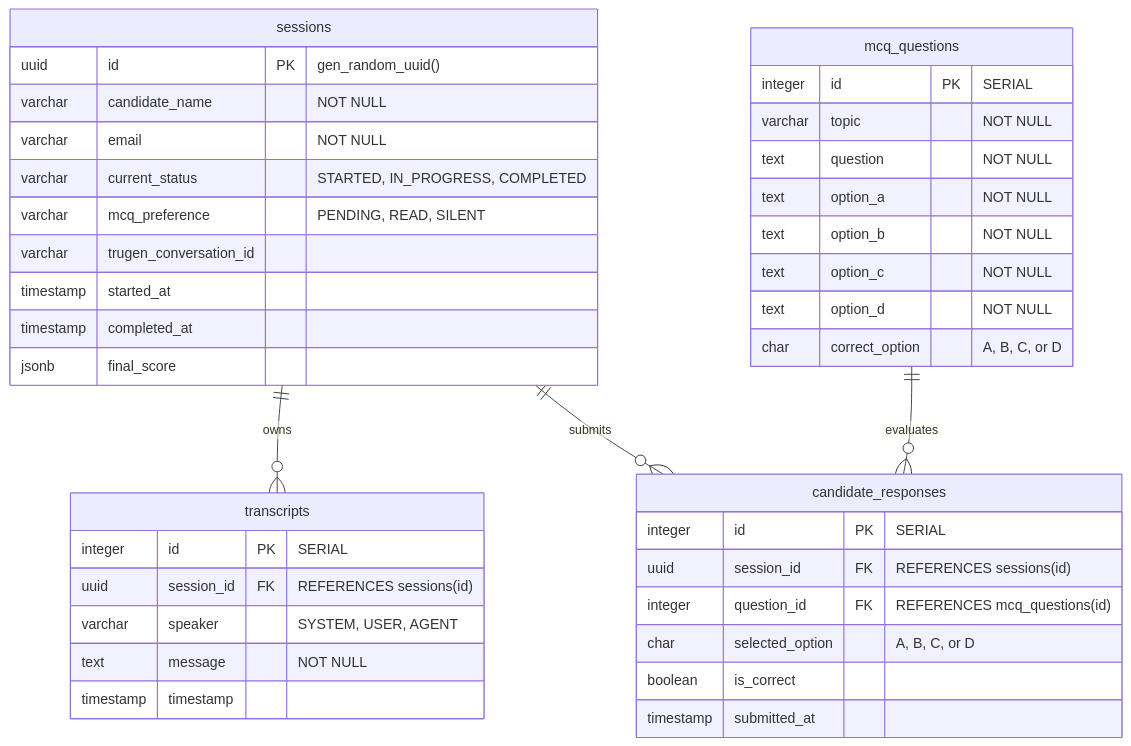
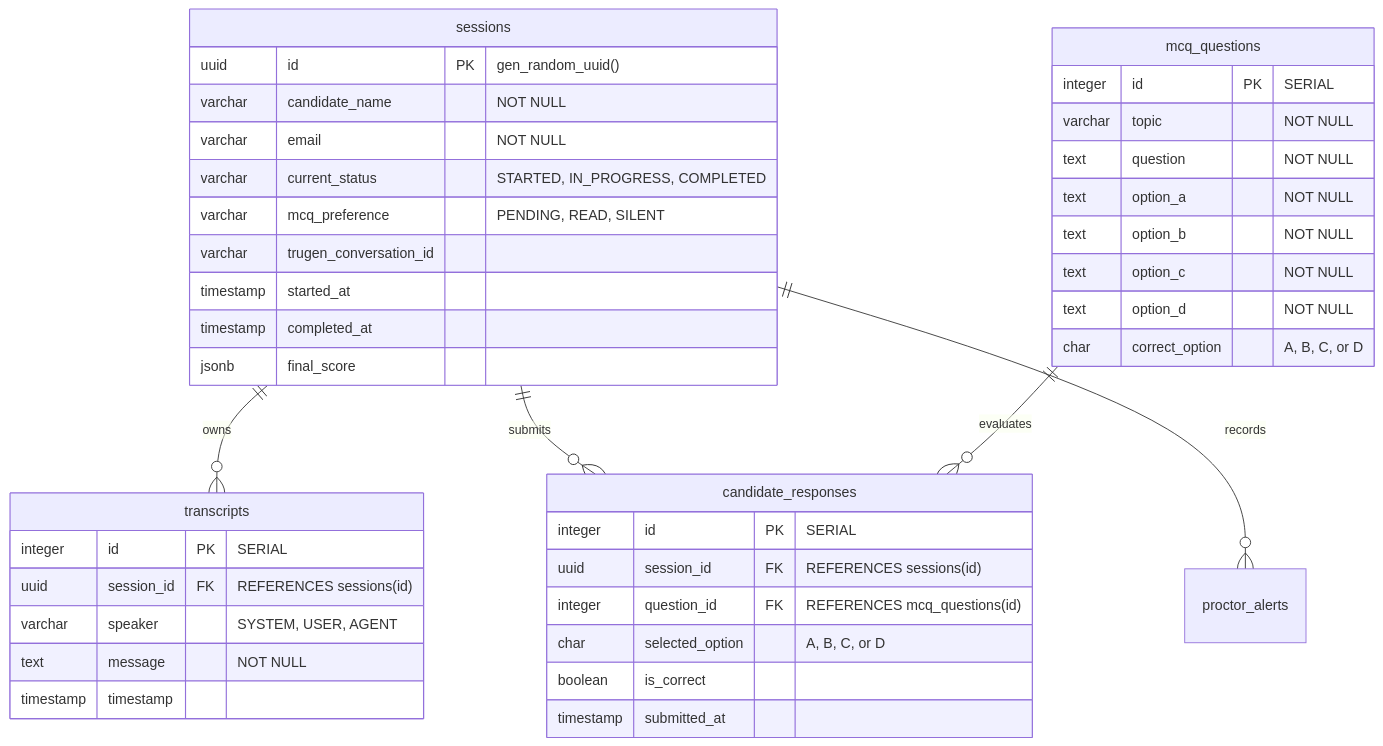
Before and after one commit to nippunrana/truinterview: the diagram in db_schema.md, drawn with Mermaid. The commit also changed other lines of this file and 11 other files, not shown here.

Commit message:
feat: implement client-side proctoring engine with MediaPipe and add proctoring alert database schema

````diff
--- a/db_schema.md
+++ b/db_schema.md
@@ -9,46 +9,47 @@
 ```mermaid
 erDiagram
     sessions ||--o{ transcripts : "owns"
     sessions ||--o{ candidate_responses : "submits"
+    sessions ||--o{ proctor_alerts : "records"
     mcq_questions ||--o{ candidate_responses : "evaluates"
 
     sessions {
         uuid id PK "gen_random_uuid()"
         varchar candidate_name "NOT NULL"
         varchar email "NOT NULL"
         varchar current_status "STARTED, IN_PROGRESS, COMPLETED"
         varchar mcq_preference "PENDING, READ, SILENT"
         varchar trugen_conversation_id
         timestamp started_at
         timestamp completed_at
         jsonb final_score
     }
 
     transcripts {
         integer id PK "SERIAL"
         uuid session_id FK "REFERENCES sessions(id)"
         varchar speaker "SYSTEM, USER, AGENT"
         text message "NOT NULL"
         timestamp timestamp
     }
 
     mcq_questions {
         integer id PK "SERIAL"
         varchar topic "NOT NULL"
         text question "NOT NULL"
         text option_a "NOT NULL"
         text option_b "NOT NULL"
         text option_c "NOT NULL"
         text option_d "NOT NULL"
         char correct_option "A, B, C, or D"
     }
 
     candidate_responses {
         integer id PK "SERIAL"
         uuid session_id FK "REFERENCES sessions(id)"
         integer question_id FK "REFERENCES mcq_questions(id)"
         char selected_option "A, B, C, or D"
         boolean is_correct
         timestamp submitted_at
     }
 ```
````
